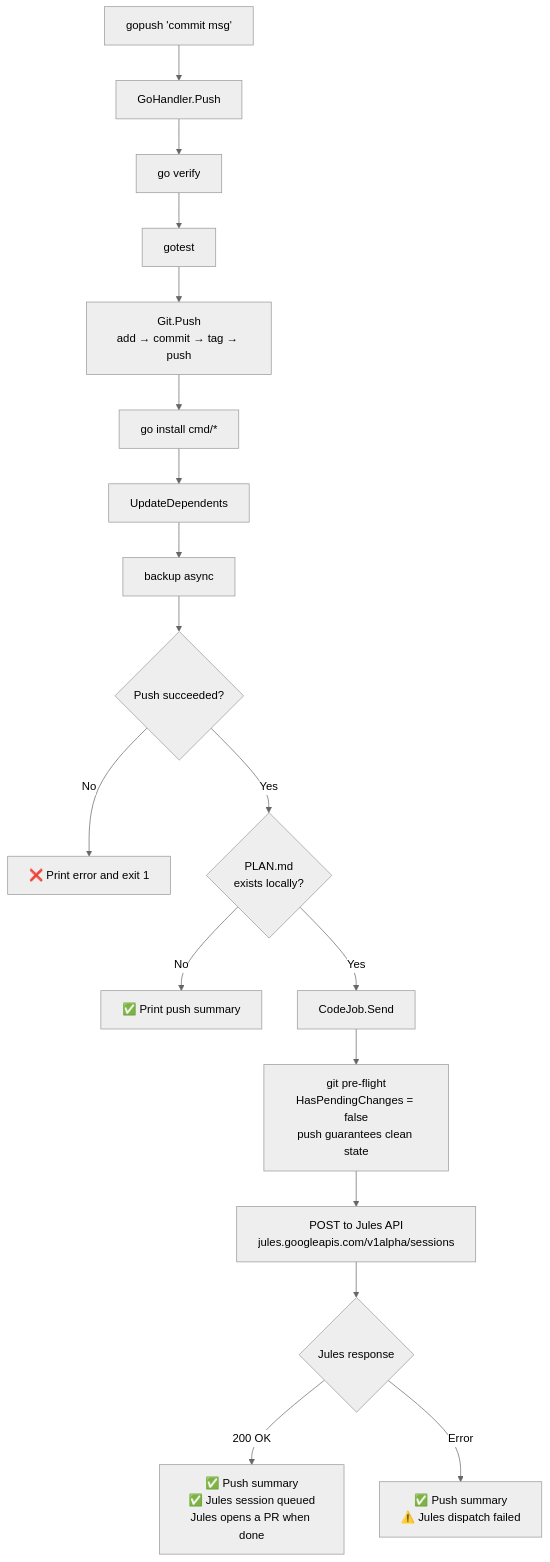
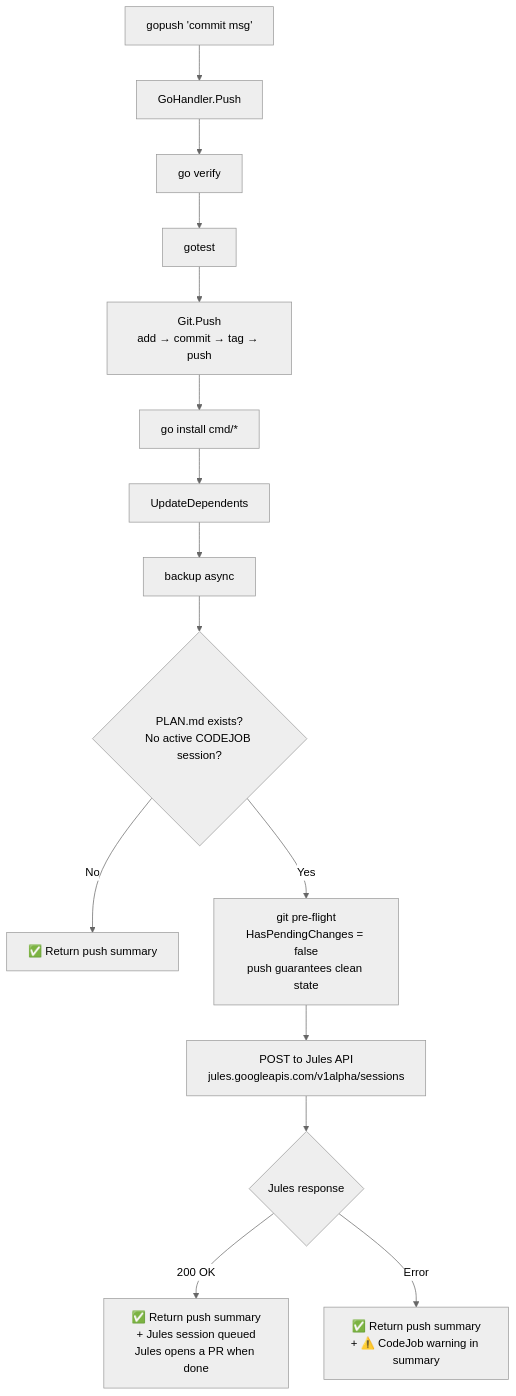
The diagram in docs/codejob/diagrams/GOPUSH_CODEJOB_FLOW.md (tinywasm/devflow), drawn with Mermaid (neutral theme) before and after one commit. The commit also changed other lines of this file and 14 other files, not shown here.

````diff
--- a/docs/codejob/diagrams/GOPUSH_CODEJOB_FLOW.md
+++ b/docs/codejob/diagrams/GOPUSH_CODEJOB_FLOW.md
@@ -8,20 +11,17 @@
 ```mermaid
 flowchart TD
     A[gopush 'commit msg'] --> B[GoHandler.Push]
     B --> C[go verify]
     C --> D[gotest]
     D --> E[Git.Push<br/>add → commit → tag → push]
     E --> F[go install cmd/*]
     F --> G[UpdateDependents]
     G --> H[backup async]
-    H --> I{Push succeeded?}
-    I -->|No| IE[❌ Print error and exit 1]
-    I -->|Yes| J{PLAN.md<br/>exists locally?}
-    J -->|No| JO[✅ Print push summary]
-    J -->|Yes| K[CodeJob.Send]
-    K --> L[git pre-flight<br/>HasPendingChanges = false<br/>push guarantees clean state]
-    L --> M[POST to Jules API<br/>jules.googleapis.com/v1alpha/sessions]
-    M --> N{Jules response}
-    N -->|200 OK| O[✅ Push summary<br/>✅ Jules session queued<br/>Jules opens a PR when done]
-    N -->|Error| P[✅ Push summary<br/>⚠️ Jules dispatch failed]
+    H --> I{PLAN.md exists?<br/>No active CODEJOB session?}
+    I -->|No| IO[✅ Return push summary]
+    I -->|Yes| J[git pre-flight<br/>HasPendingChanges = false<br/>push guarantees clean state]
+    J --> K[POST to Jules API<br/>jules.googleapis.com/v1alpha/sessions]
+    K --> L{Jules response}
+    L -->|200 OK| O[✅ Return push summary<br/>+ Jules session queued<br/>Jules opens a PR when done]
+    L -->|Error| P[✅ Return push summary<br/>+ ⚠️ CodeJob warning in summary]
 ```
````
